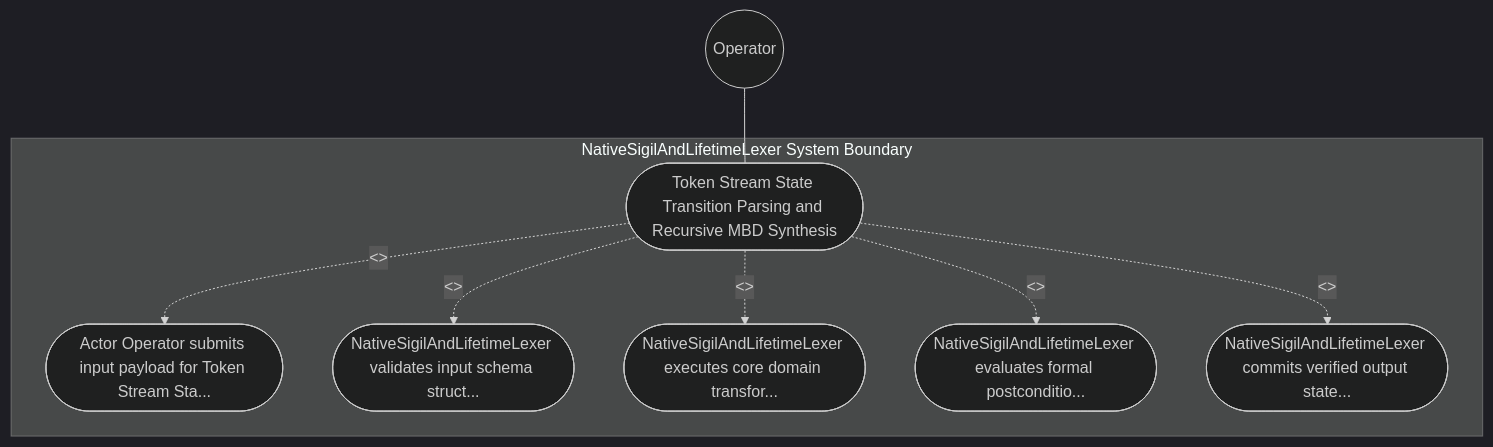
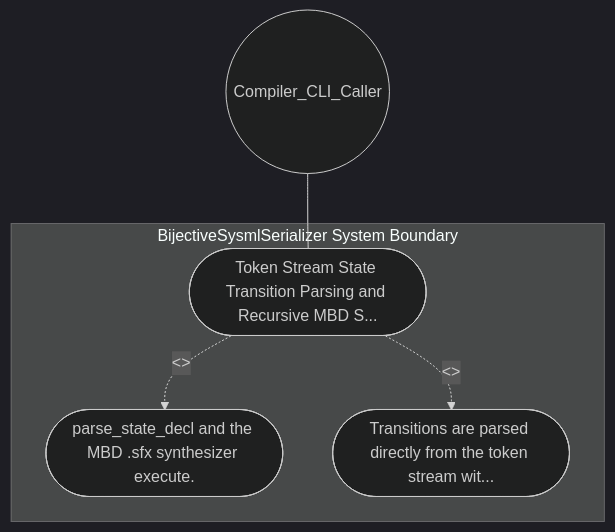
The diagram in .pipeline/upstream/docs/use-cases/UC-13-Token_Stream_State_Transition_Parsing_and_Recursive_MBD_Synthesis.md (gintatkinson/DEAP01-spec-core), drawn with Mermaid (dark theme) before and after one commit. The commit also changed other lines of this file and 213 other files, not shown here.

````diff
--- a/.pipeline/upstream/docs/use-cases/UC-13-Token_Stream_State_Transition_Parsing_and_Recursive_MBD_Synthesis.md
+++ b/.pipeline/upstream/docs/use-cases/UC-13-Token_Stream_State_Transition_Parsing_and_Recursive_MBD_Synthesis.md
@@ -16,17 +16,11 @@
 ```mermaid
 graph TD
-    subgraph "NativeSigilAndLifetimeLexer System Boundary"
-        UC_Main(["Token Stream State Transition Parsing and Recursive MBD Synthesis"])
-        UC_Step01(["Actor Operator submits input payload for Token Stream Sta..."])
-        UC_Step02(["NativeSigilAndLifetimeLexer validates input schema struct..."])
-        UC_Step03(["NativeSigilAndLifetimeLexer executes core domain transfor..."])
-        UC_Step04(["NativeSigilAndLifetimeLexer evaluates formal postconditio..."])
-        UC_Step05(["NativeSigilAndLifetimeLexer commits verified output state..."])
+    subgraph "BijectiveSysmlSerializer System Boundary"
+        UC_Main(["Token Stream State Transition Parsing and Recursive MBD S..."])
+        UC_Step01(["parse_state_decl and the MBD .sfx synthesizer execute."])
+        UC_Step02(["Transitions are parsed directly from the token stream wit..."])
     end
-    Operator(("Operator")) --- UC_Main
+    Compiler_CLI_Caller(("Compiler_CLI_Caller")) --- UC_Main
     UC_Main -. "<<include>>" .-> UC_Step01
     UC_Main -. "<<include>>" .-> UC_Step02
-    UC_Main -. "<<include>>" .-> UC_Step03
-    UC_Main -. "<<include>>" .-> UC_Step04
-    UC_Main -. "<<include>>" .-> UC_Step05
 ```
````
